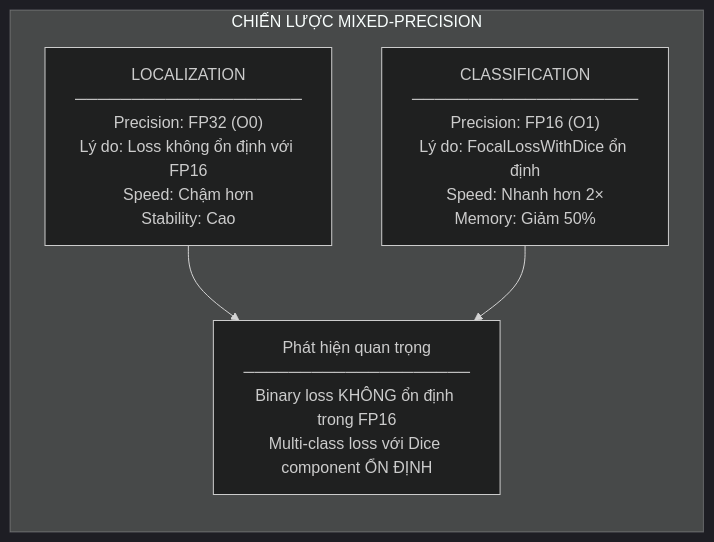
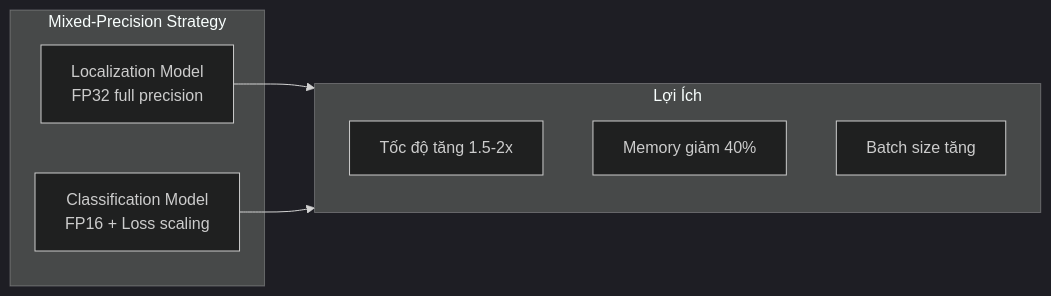
The second of 4 diagrams in research/chuong-06-xview-challenges/muc-02-xview2-building-damage/03-giai-nhi.md (rerangst/geobayai_lab), drawn with Mermaid (dark theme) before and after one commit. The commit also changed other lines of this file and 18 other files, not shown here.

````diff
--- a/research/chuong-06-xview-challenges/muc-02-xview2-building-damage/03-giai-nhi.md
+++ b/research/chuong-06-xview-challenges/muc-02-xview2-building-damage/03-giai-nhi.md
@@ -84,15 +41,16 @@
 ```mermaid
-flowchart TB
-    subgraph PRECISION["CHIẾN LƯỢC MIXED-PRECISION"]
-        direction TB
-
-        LOC["LOCALIZATION<br/>────────────────────<br/>Precision: FP32 (O0)<br/>Lý do: Loss không ổn định với FP16<br/>Speed: Chậm hơn<br/>Stability: Cao"]
-
-        CLS["CLASSIFICATION<br/>────────────────────<br/>Precision: FP16 (O1)<br/>Lý do: FocalLossWithDice ổn định<br/>Speed: Nhanh hơn 2×<br/>Memory: Giảm 50%"]
-
-        INSIGHT["Phát hiện quan trọng<br/>────────────────────<br/>Binary loss KHÔNG ổn định trong FP16<br/>Multi-class loss với Dice component ỔN ĐỊNH"]
+flowchart LR
+    subgraph MIXED["Mixed-Precision Strategy"]
+        LOC["Localization Model<br/>FP32 full precision"]
+        CLS["Classification Model<br/>FP16 + Loss scaling"]
     end
 
-    LOC --> INSIGHT
-    CLS --> INSIGHT
+    subgraph BENEFIT["Lợi Ích"]
+        B1["Tốc độ tăng 1.5-2x"]
+        B2["Memory giảm 40%"]
+        B3["Batch size tăng"]
+    end
+
+    LOC --> BENEFIT
+    CLS --> BENEFIT
 ```
````
